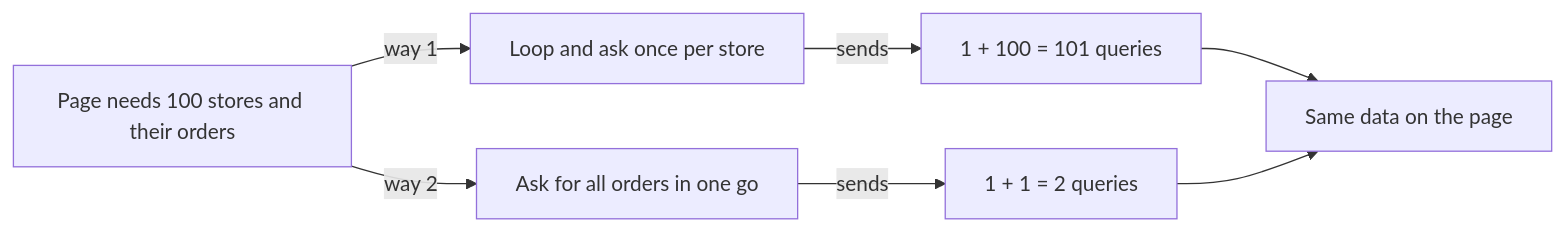
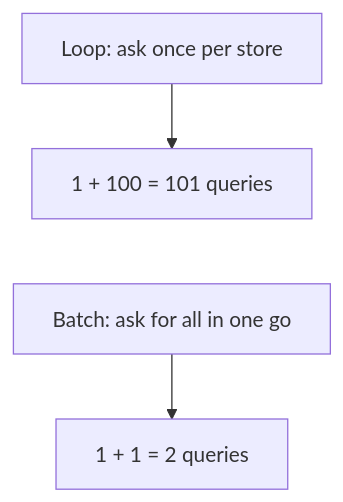
Before and after one commit to starjustice/research-material: the first of 4 diagrams in learn/database/12-n-plus-1-queries-and-orms.md, drawn with Mermaid. The commit also changed other lines of this file, not shown here.

Commit message:
Reshape Database lesson 12 (N+1 queries and ORMs) into short cards with guess bars and blue More detail bars

````diff
--- a/learn/database/12-n-plus-1-queries-and-orms.md
+++ b/learn/database/12-n-plus-1-queries-and-orms.md
@@ -26,9 +15,6 @@
 ```mermaid
-graph LR
-    P["Page needs 100 stores and their orders"] -->|way 1| L["Loop and ask once per store"]
-    P -->|way 2| B["Ask for all orders in one go"]
-    L -->|sends| L2["1 + 100 = 101 queries"]
-    B -->|sends| B2["1 + 1 = 2 queries"]
-    L2 --> R["Same data on the page"]
-    B2 --> R
+graph TB
+    L["Loop: ask once per store"] --> L2["1 + 100 = 101 queries"]
+    L2 ~~~ B["Batch: ask for all in one go"]
+    B --> B2["1 + 1 = 2 queries"]
 ```
````
